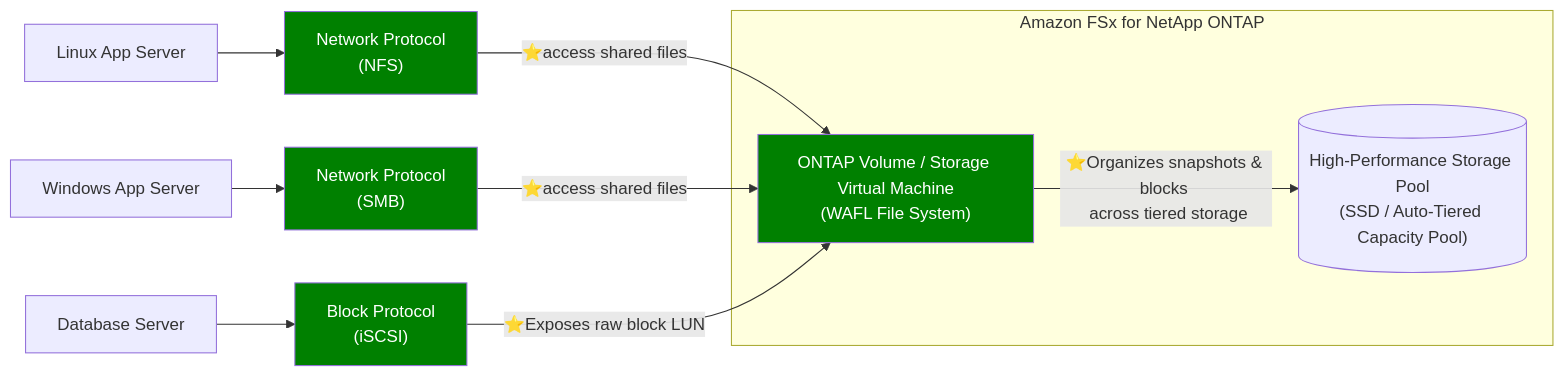
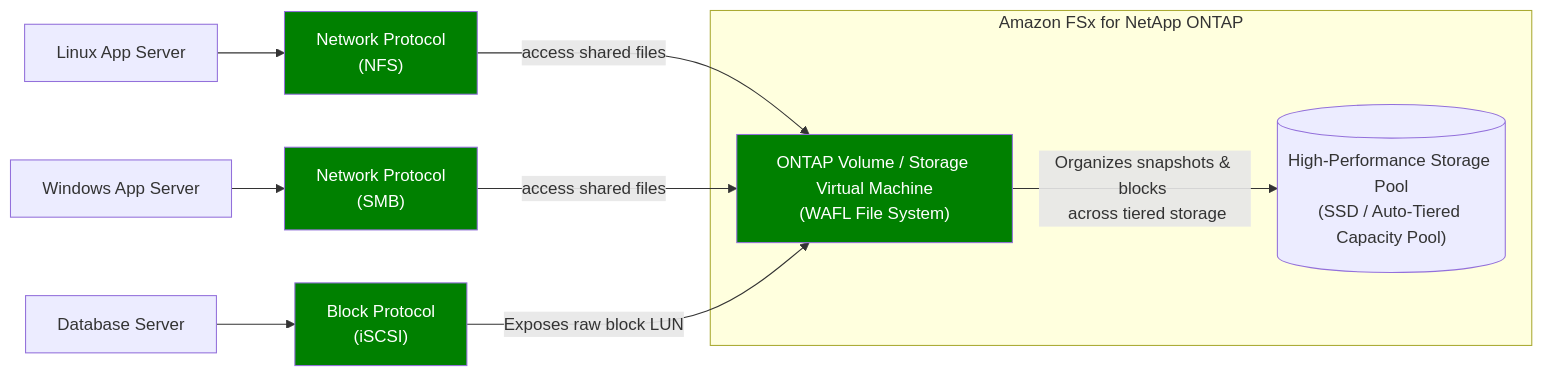
The third of 4 diagrams in docs/2022-2025/CE_02_AWS_SAA/02_storage/04_FSx.md (lekhrajdinkar/solution-engineer), drawn with Mermaid before and after one commit. The commit also changed other lines of this file and 1 other file, not shown here.

Commit message:
AWS storage 2 FSx

````diff
--- a/docs/2022-2025/CE_02_AWS_SAA/02_storage/04_FSx.md
+++ b/docs/2022-2025/CE_02_AWS_SAA/02_storage/04_FSx.md
@@ -103,21 +93,21 @@
 ```mermaid
 flowchart LR
     linuxApp["Linux App Server"] --> nfsProtocol["Network Protocol\n(NFS)"]
     winApp["Windows App Server"] --> smbProtocol["Network Protocol\n(SMB)"]
     dbServer["Database Server"] --> iscsiProtocol["Block Protocol\n(iSCSI)"]
 
     subgraph Storage_Host ["Amazon FSx for NetApp ONTAP"]
         ManagedFS["ONTAP Volume / Storage Virtual Machine\n(WAFL File System)"]
         Hardware[("High-Performance Storage Pool\n(SSD / Auto-Tiered Capacity Pool)")]
     end
 
-    nfsProtocol -->|⭐access shared files| ManagedFS
-    smbProtocol -->|⭐access shared files| ManagedFS
-    iscsiProtocol -->|⭐Exposes raw block LUN| ManagedFS
-    ManagedFS -->|⭐Organizes snapshots & blocks \n across tiered storage| Hardware
+    nfsProtocol -->|access shared files| ManagedFS
+    smbProtocol -->|access shared files| ManagedFS
+    iscsiProtocol -->|Exposes raw block LUN| ManagedFS
+    ManagedFS -->|Organizes snapshots & blocks \n across tiered storage| Hardware
     
     style nfsProtocol fill:green,color:white
     style smbProtocol fill:green,color:white
     style iscsiProtocol fill:green,color:white
     style ManagedFS fill:green,color:white
 ```
````
